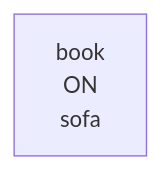
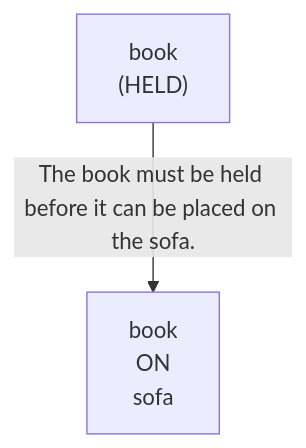
The first of 14 diagrams in evaluation/results/table2/robostate/non_stationarity/high/E_DYN_G03_S3_high/run_E_DYN_G03_S3_high.md (scuama/virtualhome), drawn with Mermaid before and after one commit. The commit also changed other lines of this file and 108 other files, not shown here.

````diff
--- a/evaluation/results/table2/robostate/non_stationarity/high/E_DYN_G03_S3_high/run_E_DYN_G03_S3_high.md
+++ b/evaluation/results/table2/robostate/non_stationarity/high/E_DYN_G03_S3_high/run_E_DYN_G03_S3_high.md
@@ -75,4 +75,6 @@
 ```mermaid
 graph TD
     N1["book<br>ON<br>sofa"]
+    N2["book<br>(HELD)"]
+    N2 -->|"The book must be held before it can be placed on the sofa."| N1
 ```
````
